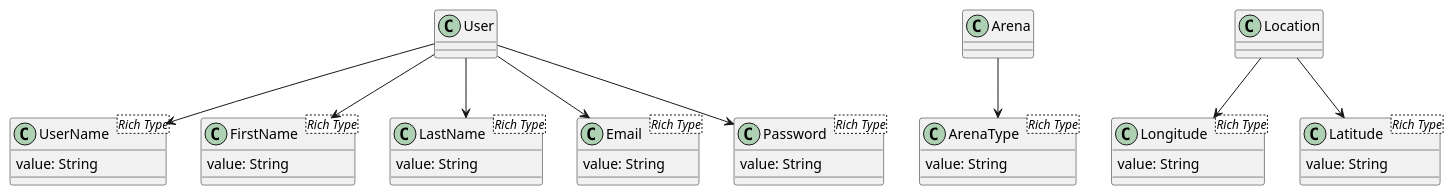
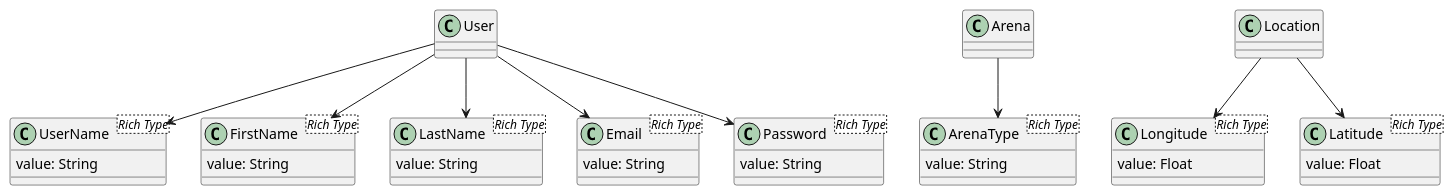
One commit to NeoTryn/Bet-67-backend changed the diagram in src/main/puml/rich_types.puml. Above: the diagram before and after it, drawn with PlantUML.

Commit message:
changed longitude and latitude rich type value types to float

```diff
--- a/src/main/puml/rich_types.puml
+++ b/src/main/puml/rich_types.puml
@@ -1,44 +1,44 @@
 @startuml
 
 class UserName <Rich Type> {
     value: String
 }
 
 class FirstName <Rich Type> {
     value: String
 }
 
 class LastName <Rich Type> {
     value: String
 }
 
 class Email <Rich Type> {
     value: String
 }
 
 class Password <Rich Type> {
     value: String
 }
 
 class ArenaType <Rich Type> {
     value: String
 }
 
 class Longitude <Rich Type> {
-    value: String
+    value: Float
 }
 
 class Latitude <Rich Type> {
-    value: String
+    value: Float
 }
 
 User --> UserName
 User --> FirstName
 User --> LastName
 User --> Email
 User --> Password
 Arena --> ArenaType
 Location --> Longitude
 Location --> Latitude
 
 @enduml
```
